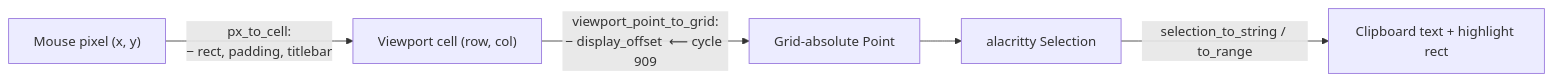
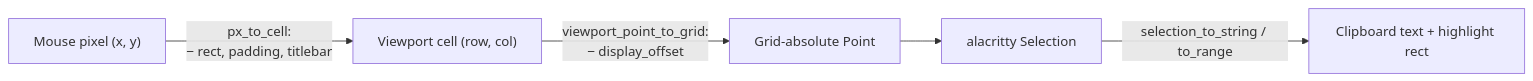
Before and after one commit to Reddimus/kettle: the first of 2 diagrams in docs/TESTING.md, drawn with Mermaid. The commit also changed other lines of this file and 51 other files, not shown here.

````diff
--- a/docs/TESTING.md
+++ b/docs/TESTING.md
@@ -218,7 +218,7 @@
 ```mermaid
 flowchart LR
     M["Mouse pixel (x, y)"] -->|"px_to_cell:<br/>− rect, padding, titlebar"| V["Viewport cell (row, col)"]
-    V -->|"viewport_point_to_grid:<br/>− display_offset  ⟵ cycle 909"| G["Grid-absolute Point"]
+    V -->|"viewport_point_to_grid:<br/>− display_offset"| G["Grid-absolute Point"]
     G --> S["alacritty Selection"]
     S -->|"selection_to_string / to_range"| C["Clipboard text + highlight rect"]
 ```
````
